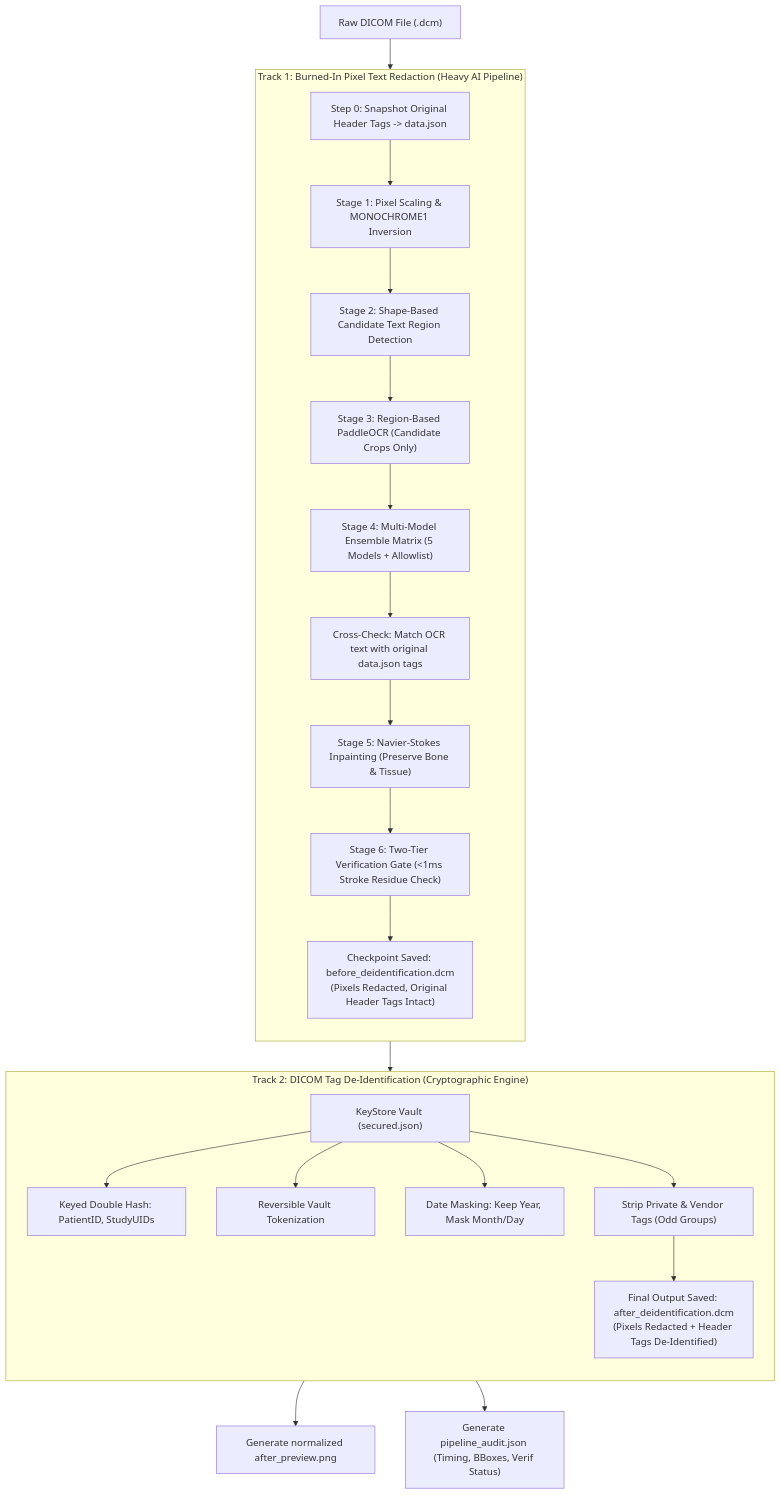
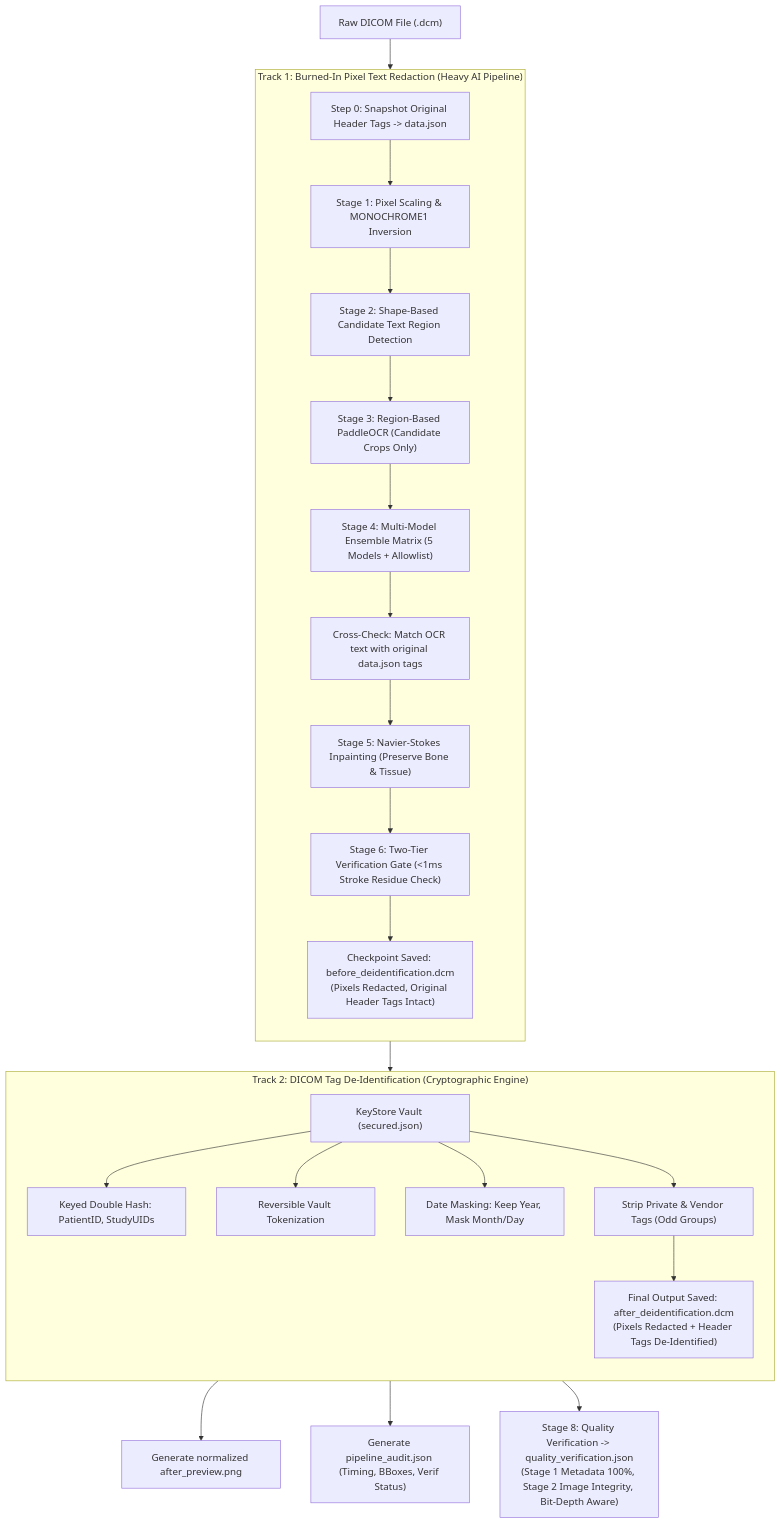
Before and after one commit to datakaveri/DICOM-deidentifier: the first of 5 diagrams in ARCHITECTURE_AND_PARALLEL_SPECS.md, drawn with Mermaid. The commit also changed other lines of this file and 1 other file, not shown here.

Commit message:
docs: document two-stage quality verification system, JSON schema, and bit-depth scaling

````diff
--- a/ARCHITECTURE_AND_PARALLEL_SPECS.md
+++ b/ARCHITECTURE_AND_PARALLEL_SPECS.md
@@ -11,29 +11,30 @@
 ```mermaid
 flowchart TD
     DCM["Raw DICOM File (.dcm)"] --> DUMP["Step 0: Snapshot Original Header Tags -> data.json"]
     
     subgraph TrackA ["Track 1: Burned-In Pixel Text Redaction (Heavy AI Pipeline)"]
         direction TB
         DUMP --> S1["Stage 1: Pixel Scaling & MONOCHROME1 Inversion"]
         S1 --> S2["Stage 2: Shape-Based Candidate Text Region Detection"]
         S2 --> S3["Stage 3: Region-Based PaddleOCR (Candidate Crops Only)"]
         S3 --> S4["Stage 4: Multi-Model Ensemble Matrix (5 Models + Allowlist)"]
         S4 --> S4_CROSS["Cross-Check: Match OCR text with original data.json tags"]
         S4_CROSS --> S5["Stage 5: Navier-Stokes Inpainting (Preserve Bone & Tissue)"]
         S5 --> S6["Stage 6: Two-Tier Verification Gate (<1ms Stroke Residue Check)"]
         S6 --> OUT_BEFORE["Checkpoint Saved: before_deidentification.dcm<br>(Pixels Redacted, Original Header Tags Intact)"]
     end
 
     subgraph TrackB ["Track 2: DICOM Tag De-Identification (Cryptographic Engine)"]
         direction TB
         OUT_BEFORE --> KEY["KeyStore Vault (secured.json)"]
         KEY --> S7_HASH["Keyed Double Hash: PatientID, StudyUIDs"]
         KEY --> S7_TOK["Reversible Vault Tokenization"]
         KEY --> S7_MASK["Date Masking: Keep Year, Mask Month/Day"]
         KEY --> S7_STRIP["Strip Private & Vendor Tags (Odd Groups)"]
         S7_STRIP --> OUT_AFTER["Final Output Saved: after_deidentification.dcm<br>(Pixels Redacted + Header Tags De-Identified)"]
     end
 
     OUT_AFTER --> PREV["Generate normalized after_preview.png"]
     OUT_AFTER --> AUDIT["Generate pipeline_audit.json (Timing, BBoxes, Verif Status)"]
+    OUT_AFTER --> Q_VERIF["Stage 8: Quality Verification -> quality_verification.json<br>(Stage 1 Metadata 100%, Stage 2 Image Integrity, Bit-Depth Aware)"]
 ```
````
